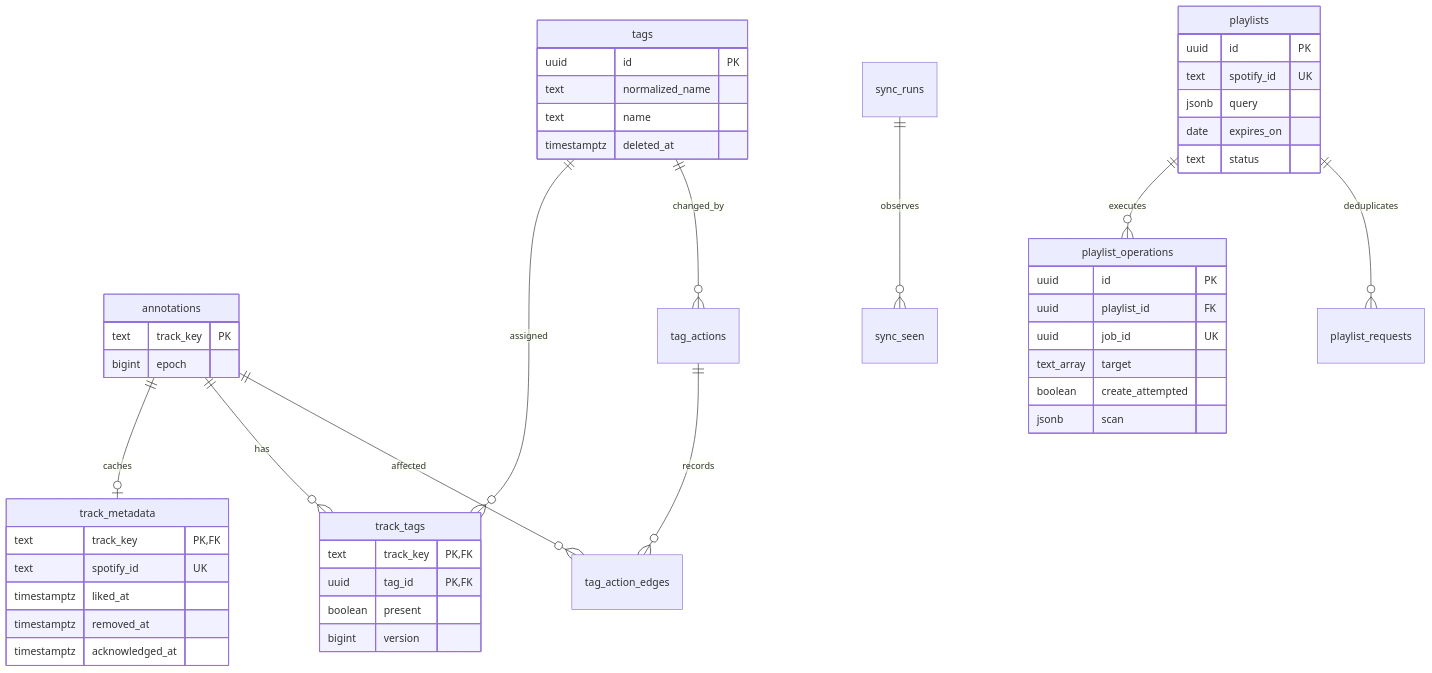
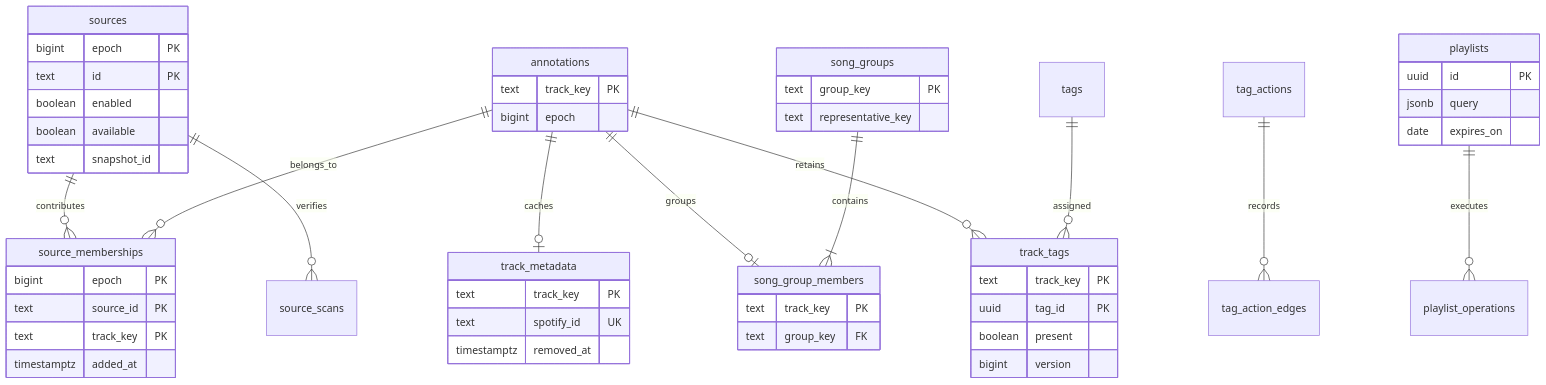
The diagram in docs/architecture/diagrams/04.mmd (CarterKFalkenberg/spotify-plus), drawn with Mermaid before and after one commit. The commit also changed 14 other files, not shown here.

Commit message:
Synchronize architecture handbook walkthrough and rendered source diagrams

```diff
--- a/docs/architecture/diagrams/04.mmd
+++ b/docs/architecture/diagrams/04.mmd
@@ -1,48 +1,52 @@
 erDiagram
+ sources ||--o{ source_memberships : contributes
+ annotations ||--o{ source_memberships : belongs_to
  annotations ||--o| track_metadata : caches
- annotations ||--o{ track_tags : has
+ annotations ||--o| song_group_members : groups
+ song_groups ||--|{ song_group_members : contains
+ annotations ||--o{ track_tags : retains
  tags ||--o{ track_tags : assigned
- tags ||--o{ tag_actions : changed_by
  tag_actions ||--o{ tag_action_edges : records
- annotations ||--o{ tag_action_edges : affected
- sync_runs ||--o{ sync_seen : observes
+ sources ||--o{ source_scans : verifies
  playlists ||--o{ playlist_operations : executes
- playlists ||--o{ playlist_requests : deduplicates
+ sources {
+  bigint epoch PK
+  text id PK
+  boolean enabled
+  boolean available
+  text snapshot_id
+ }
+ source_memberships {
+  bigint epoch PK
+  text source_id PK
+  text track_key PK
+  timestamptz added_at
+ }
  annotations {
   text track_key PK
   bigint epoch
  }
+ song_groups {
+  text group_key PK
+  text representative_key
+ }
+ song_group_members {
+  text track_key PK
+  text group_key FK
+ }
  track_metadata {
-  text track_key PK,FK
+  text track_key PK
   text spotify_id UK
-  timestamptz liked_at
   timestamptz removed_at
-  timestamptz acknowledged_at
  }
  track_tags {
-  text track_key PK,FK
-  uuid tag_id PK,FK
+  text track_key PK
+  uuid tag_id PK
   boolean present
   bigint version
  }
- tags {
-  uuid id PK
-  text normalized_name
-  text name
-  timestamptz deleted_at
- }
  playlists {
   uuid id PK
-  text spotify_id UK
   jsonb query
   date expires_on
-  text status
  }
- playlist_operations {
-  uuid id PK
-  uuid playlist_id FK
-  uuid job_id UK
-  text_array target
-  boolean create_attempted
-  jsonb scan
- }
```
